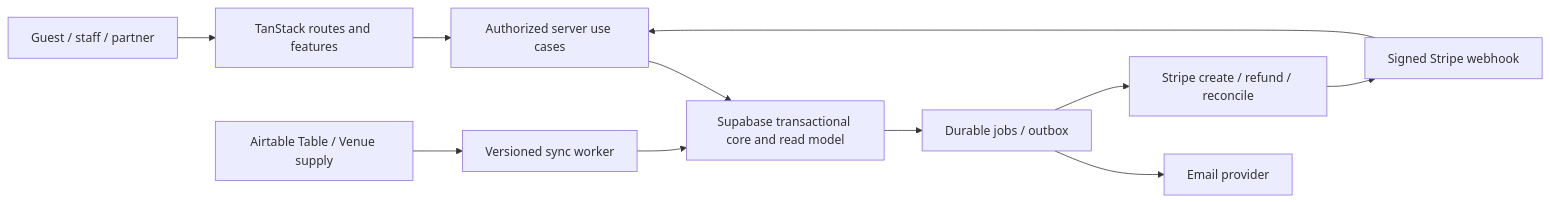
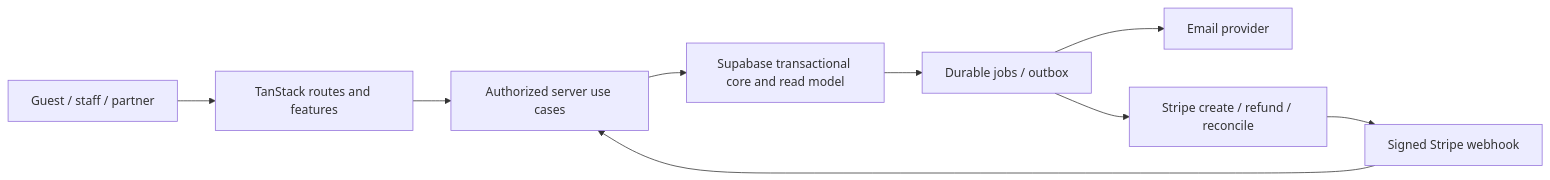
Before and after one commit to fifthwheelsupperclub/fifthwheel: the diagram in app/docs/architecture.md, drawn with Mermaid. The commit also changed other lines of this file and 29 other files, not shown here.

First line of the commit message:
Supply: remove the never-connected Airtable sync

````diff
--- a/app/docs/architecture.md
+++ b/app/docs/architecture.md
@@ -15,13 +15,11 @@
 ```mermaid
 flowchart LR
   G[Guest / staff / partner] --> R[TanStack routes and features]
   R --> S[Authorized server use cases]
   S --> DB[Supabase transactional core and read model]
-  AT[Airtable Table / Venue supply] --> SY[Versioned sync worker]
-  SY --> DB
   DB --> OB[Durable jobs / outbox]
   OB --> EM[Email provider]
   OB --> ST[Stripe create / refund / reconcile]
   ST --> WH[Signed Stripe webhook]
   WH --> S
 ```
````
